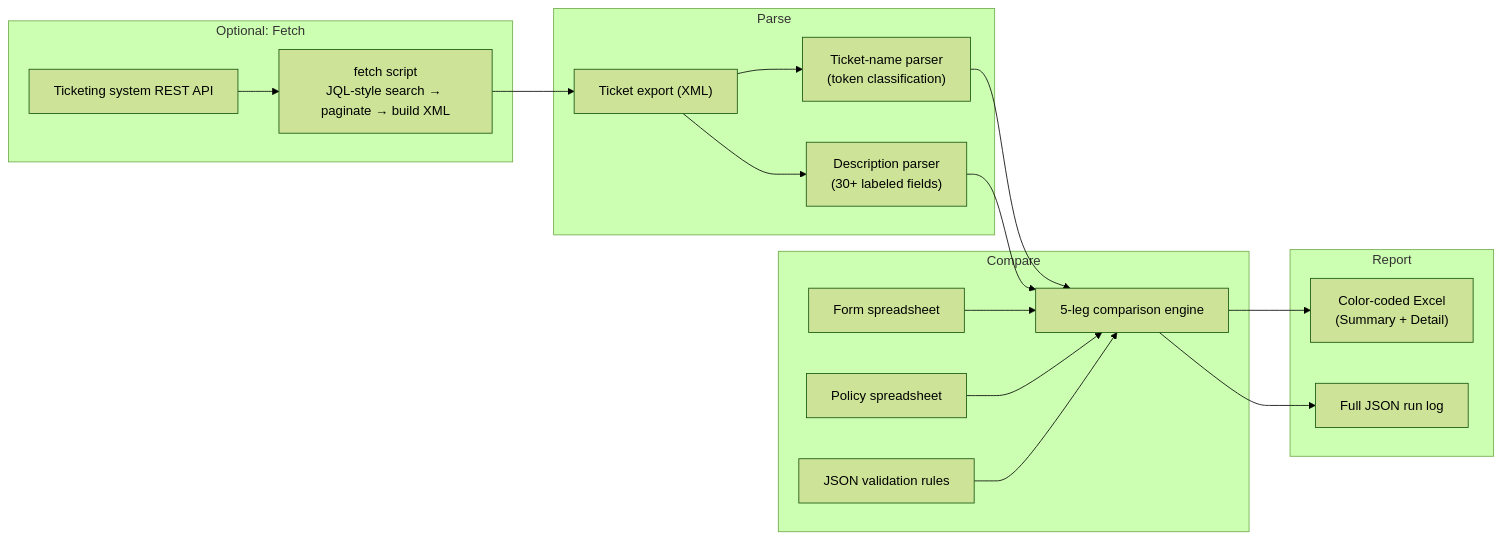
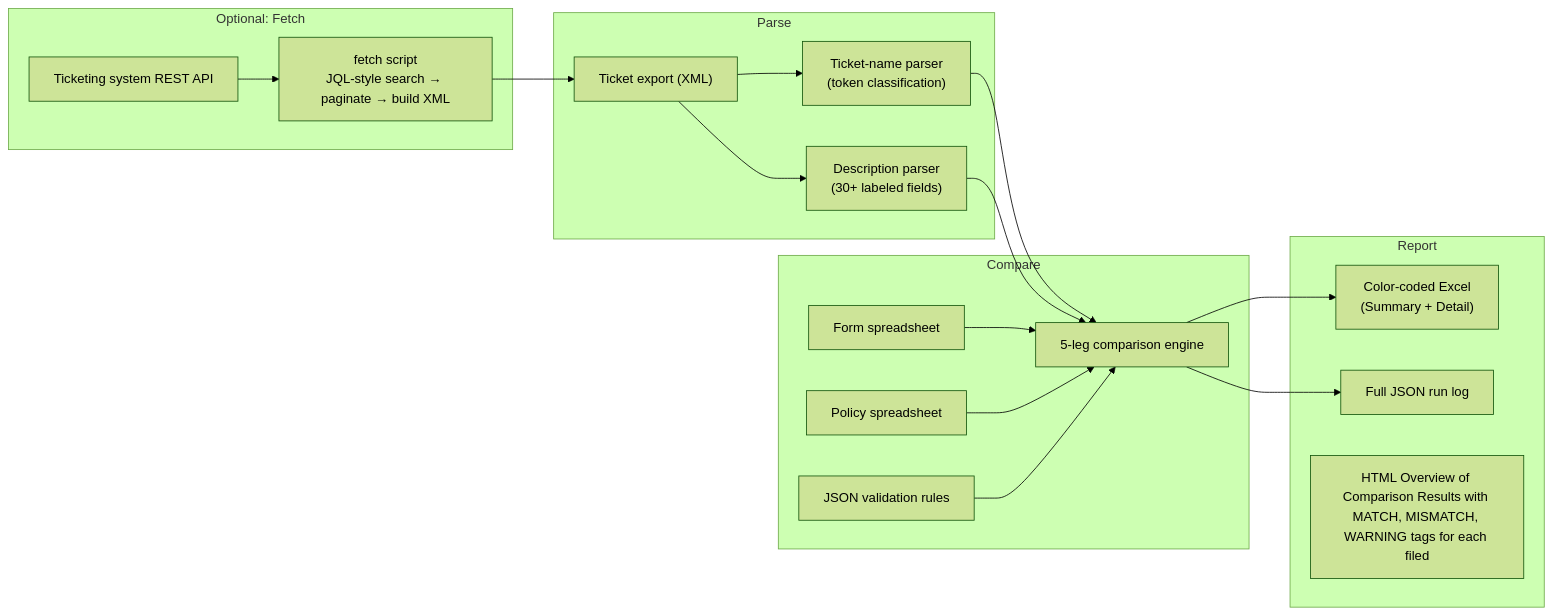
One commit to SallyyLan/cuz_ShippingAudit_automation_pipeline changed the diagram in README.md. Above: the diagram before and after it, drawn with Mermaid (forest theme).

````diff
--- a/README.md
+++ b/README.md
@@ -29,36 +29,37 @@
 ```mermaid
 flowchart LR
     subgraph Fetch["Optional: Fetch"]
         API["Ticketing system REST API"]
         FETCH["fetch script\nJQL-style search → paginate → build XML"]
     end
 
     subgraph Parse["Parse"]
         XML["Ticket export (XML)"]
         NAME["Ticket-name parser\n(token classification)"]
         DESC["Description parser\n(30+ labeled fields)"]
     end
 
     subgraph Compare["Compare"]
         FORM["Form spreadsheet"]
         POLICY["Policy spreadsheet"]
         RULES["JSON validation rules"]
         ENGINE["5-leg comparison engine"]
     end
 
     subgraph Report["Report"]
         XL["Color-coded Excel\n(Summary + Detail)"]
         JSON["Full JSON run log"]
+        Dashboard["HTML Overview of Comparison Results with MATCH, MISMATCH, WARNING tags for each filed"]
     end
 
     API --> FETCH --> XML
     XML --> NAME
     XML --> DESC
     NAME --> ENGINE
     DESC --> ENGINE
     FORM --> ENGINE
     POLICY --> ENGINE
     RULES --> ENGINE
     ENGINE --> XL
     ENGINE --> JSON
 ```
````
